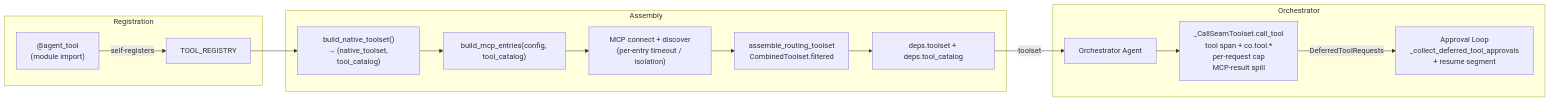
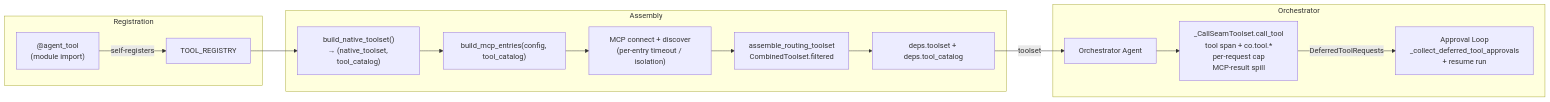
One commit to binlecode/co-cli changed the diagram in docs/specs/tools.md. Above: the diagram before and after it, drawn with Mermaid. The commit also changed other lines of this file and 24 other files, not shown here.

First line of the commit message:
refactor: drop "segment" term — align vocabulary to pydantic-ai's "run"

````diff
--- a/docs/specs/tools.md
+++ b/docs/specs/tools.md
@@ -7,18 +7,18 @@
 ```mermaid
 graph LR
     subgraph Registration
         A["@agent_tool\n(module import)"] -->|"self-registers"| B["TOOL_REGISTRY"]
     end
     subgraph Assembly
         B --> C1["build_native_toolset()\n→ (native_toolset, tool_catalog)"]
         C1 --> C2["build_mcp_entries(config, tool_catalog)"]
         C2 --> C3["MCP connect + discover\n(per-entry timeout / isolation)"]
         C3 --> C4["assemble_routing_toolset\nCombinedToolset.filtered"]
         C4 --> D["deps.toolset + deps.tool_catalog"]
     end
     subgraph Orchestrator
         D -->|"toolset"| E["Orchestrator Agent"]
         E --> F["_CallSeamToolset.call_tool\ntool span + co.tool.*\nper-request cap\nMCP-result spill"]
-        F -->|"DeferredToolRequests"| G["Approval Loop\n_collect_deferred_tool_approvals\n+ resume segment"]
+        F -->|"DeferredToolRequests"| G["Approval Loop\n_collect_deferred_tool_approvals\n+ resume run"]
     end
 ```
````
